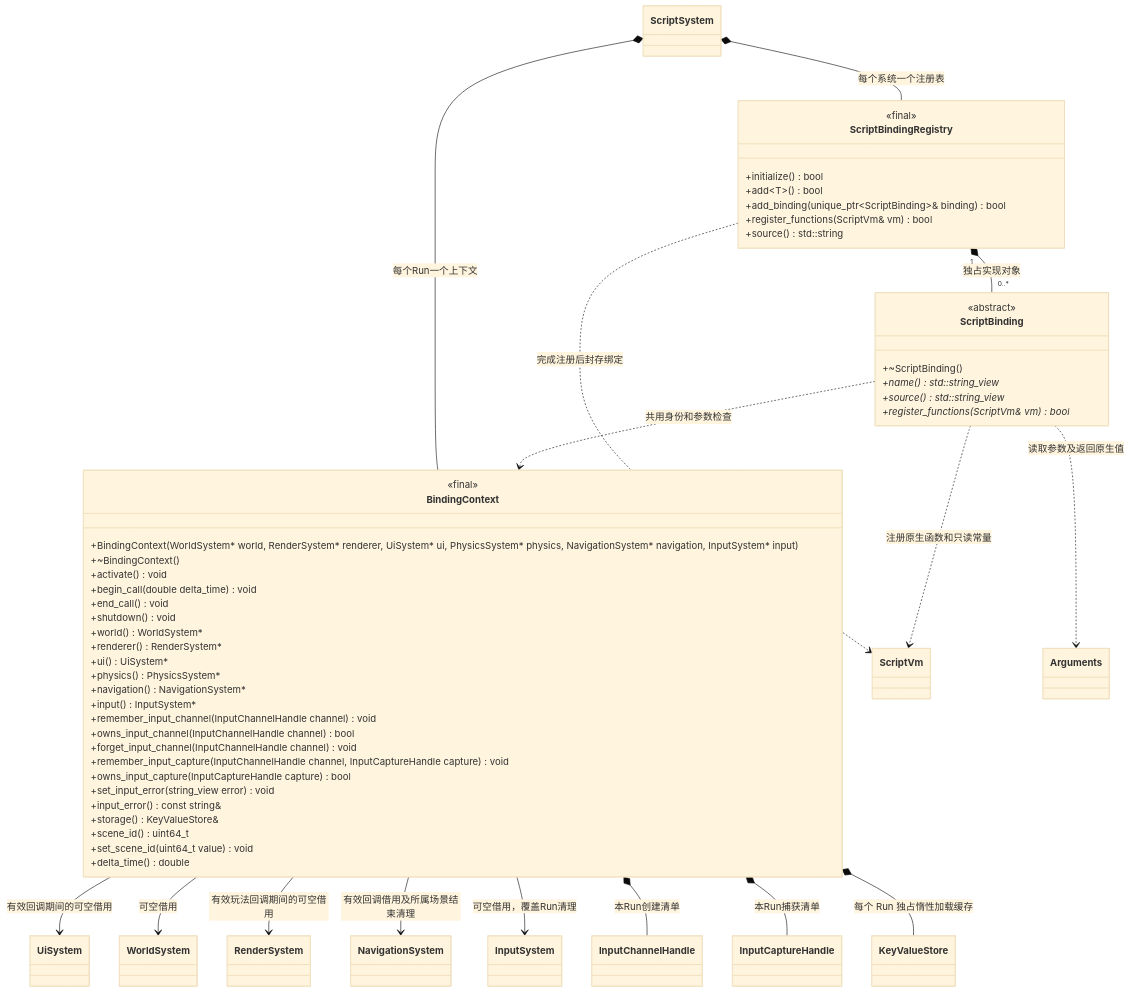
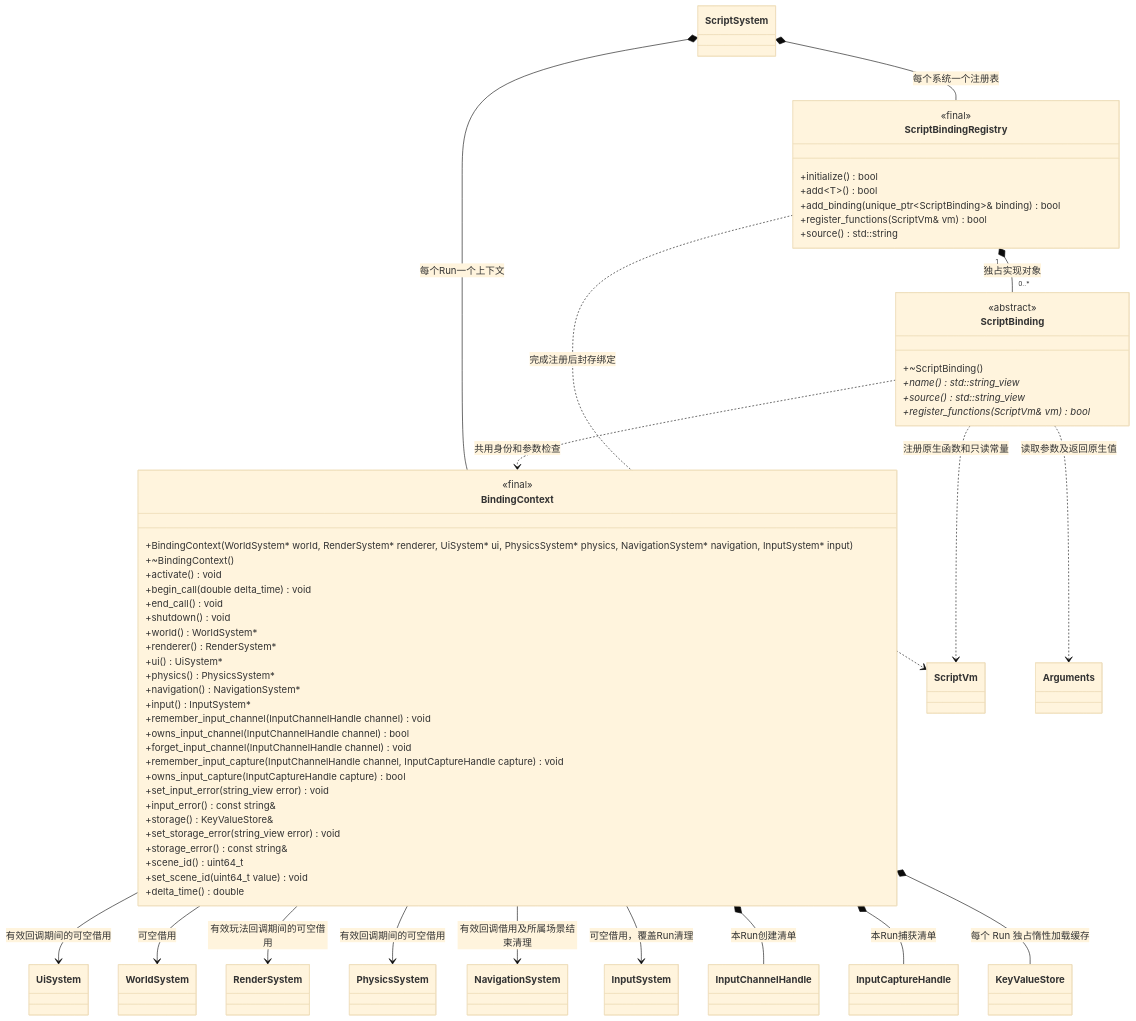
The first of 5 diagrams in docs/plugins/runtime/class-diagrams/script-bindings.md (lcals/Engine), drawn with Mermaid (base theme) before and after one commit. The commit also changed 47 other files, not shown here.

````diff
--- a/docs/plugins/runtime/class-diagrams/script-bindings.md
+++ b/docs/plugins/runtime/class-diagrams/script-bindings.md
@@ -13,71 +13,75 @@
 ```mermaid
 classDiagram
     direction TB
     class ScriptBinding {
         <<abstract>>
         +~ScriptBinding()
         +name() std::string_view*
         +source() std::string_view*
         +register_functions(ScriptVm& vm) bool*
     }
     class ScriptBindingRegistry {
         <<final>>
         +initialize() bool
         +add~T~() bool
         +add_binding(unique_ptr~ScriptBinding~& binding) bool
         +register_functions(ScriptVm& vm) bool
         +source() std::string
     }
     class BindingContext {
         <<final>>
         +BindingContext(WorldSystem#42; world, RenderSystem#42; renderer, UiSystem#42; ui, PhysicsSystem#42; physics, NavigationSystem#42; navigation, InputSystem#42; input)
         +~BindingContext()
         +activate() void
         +begin_call(double delta_time) void
         +end_call() void
         +shutdown() void
         +world() WorldSystem#42;
         +renderer() RenderSystem#42;
         +ui() UiSystem#42;
         +physics() PhysicsSystem#42;
         +navigation() NavigationSystem#42;
         +input() InputSystem#42;
         +remember_input_channel(InputChannelHandle channel) void
         +owns_input_channel(InputChannelHandle channel) bool
         +forget_input_channel(InputChannelHandle channel) void
         +remember_input_capture(InputChannelHandle channel, InputCaptureHandle capture) void
         +owns_input_capture(InputCaptureHandle capture) bool
         +set_input_error(string_view error) void
         +input_error() const string&
         +storage() KeyValueStore&
+        +set_storage_error(string_view error) void
+        +storage_error() const string&
         +scene_id() uint64_t
         +set_scene_id(uint64_t value) void
         +delta_time() double
     }
     class ScriptVm
     class Arguments
     class ScriptSystem
     class WorldSystem
     class RenderSystem
     class UiSystem
+    class PhysicsSystem
     class NavigationSystem
     class InputSystem
     class InputChannelHandle
     class InputCaptureHandle
     class KeyValueStore
     ScriptBindingRegistry "1" *-- "0..*" ScriptBinding : 独占实现对象
     ScriptBinding ..> ScriptVm : 注册原生函数和只读常量
     ScriptBinding ..> Arguments : 读取参数及返回原生值
     ScriptBinding ..> BindingContext : 共用身份和参数检查
     ScriptBindingRegistry ..> ScriptVm : 完成注册后封存绑定
     ScriptSystem *-- ScriptBindingRegistry : 每个系统一个注册表
     ScriptSystem *-- BindingContext : 每个Run一个上下文
     BindingContext --> UiSystem : 有效回调期间的可空借用
     BindingContext --> WorldSystem : 可空借用
     BindingContext --> RenderSystem : 有效玩法回调期间的可空借用
+    BindingContext --> PhysicsSystem : 有效回调期间的可空借用
     BindingContext --> NavigationSystem : 有效回调借用及所属场景结束清理
     BindingContext --> InputSystem : 可空借用，覆盖Run清理
     BindingContext *-- InputChannelHandle : 本Run创建清单
     BindingContext *-- InputCaptureHandle : 本Run捕获清单
     BindingContext *-- KeyValueStore : 每个 Run 独占惰性加载缓存
 ```
````
